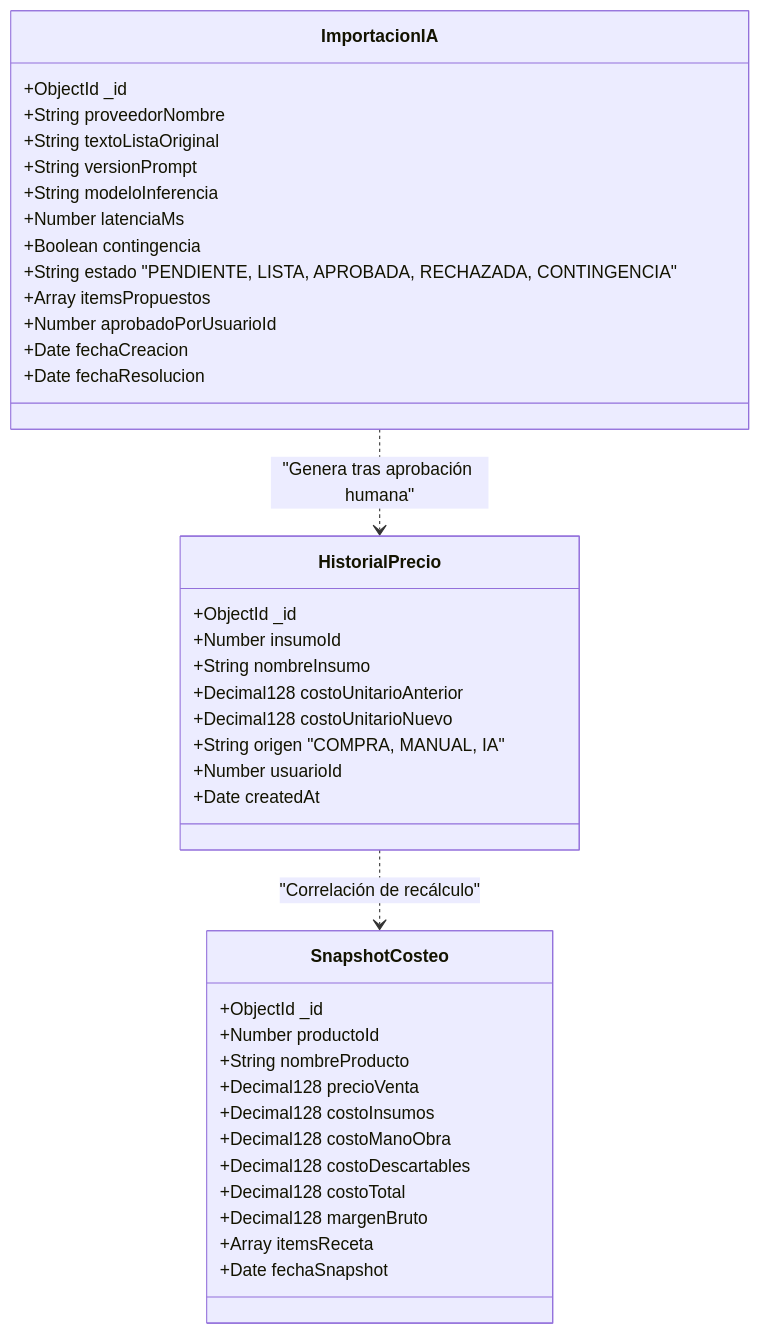
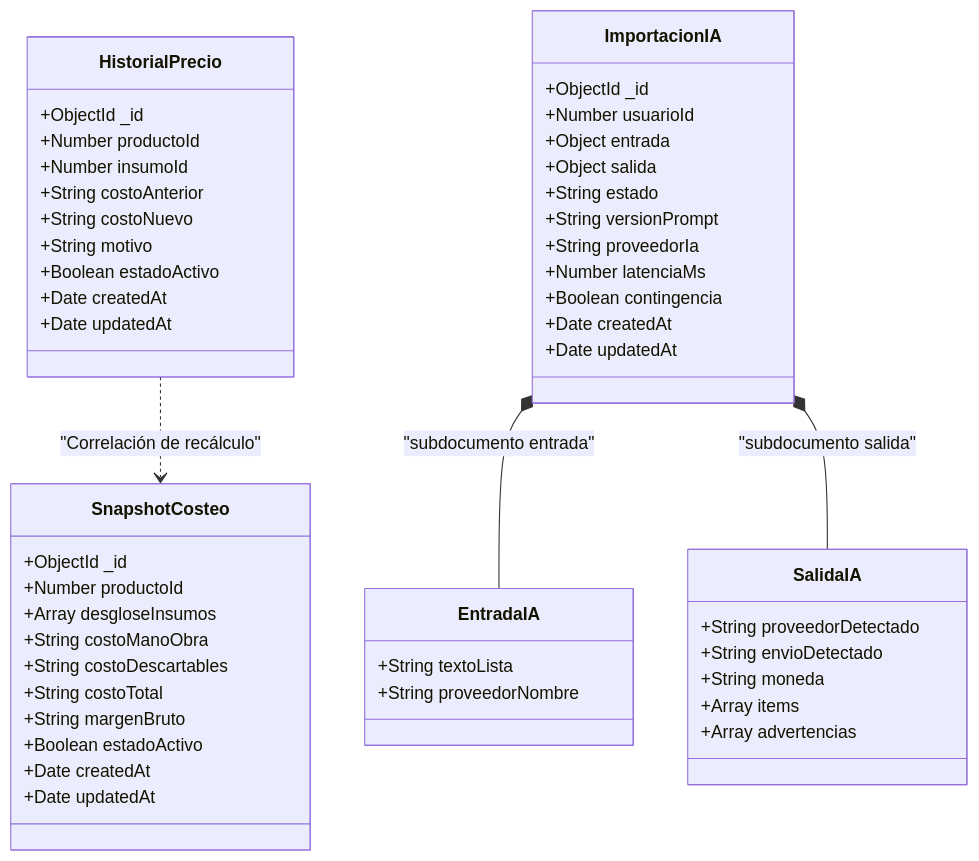
Before and after one commit to Zalko03/tpi-tfi-utn: the seventh of 8 diagrams in docs/INFORME_FINAL_TFI.md, drawn with Mermaid. The commit also changed other lines of this file and 2 other files, not shown here.

````diff
--- a/docs/INFORME_FINAL_TFI.md
+++ b/docs/INFORME_FINAL_TFI.md
@@ -710,45 +732,58 @@
 ```mermaid
 classDiagram
     class HistorialPrecio {
         +ObjectId _id
+        +Number productoId
         +Number insumoId
-        +String nombreInsumo
-        +Decimal128 costoUnitarioAnterior
-        +Decimal128 costoUnitarioNuevo
-        +String origen "COMPRA, MANUAL, IA"
-        +Number usuarioId
+        +String costoAnterior
+        +String costoNuevo
+        +String motivo
+        +Boolean estadoActivo
         +Date createdAt
+        +Date updatedAt
     }
 
     class SnapshotCosteo {
         +ObjectId _id
         +Number productoId
-        +String nombreProducto
-        +Decimal128 precioVenta
-        +Decimal128 costoInsumos
-        +Decimal128 costoManoObra
-        +Decimal128 costoDescartables
-        +Decimal128 costoTotal
-        +Decimal128 margenBruto
-        +Array itemsReceta
-        +Date fechaSnapshot
+        +Array desgloseInsumos
+        +String costoManoObra
+        +String costoDescartables
+        +String costoTotal
+        +String margenBruto
+        +Boolean estadoActivo
+        +Date createdAt
+        +Date updatedAt
     }
 
     class ImportacionIA {
         +ObjectId _id
-        +String proveedorNombre
-        +String textoListaOriginal
+        +Number usuarioId
+        +Object entrada
+        +Object salida
+        +String estado
         +String versionPrompt
-        +String modeloInferencia
+        +String proveedorIa
         +Number latenciaMs
         +Boolean contingencia
-        +String estado "PENDIENTE, LISTA, APROBADA, RECHAZADA, CONTINGENCIA"
-        +Array itemsPropuestos
-        +Number aprobadoPorUsuarioId
-        +Date fechaCreacion
-        +Date fechaResolucion
+        +Date createdAt
+        +Date updatedAt
     }
 
+    class EntradaIA {
+        +String textoLista
+        +String proveedorNombre
+    }
+
+    class SalidaIA {
+        +String proveedorDetectado
+        +String envioDetectado
+        +String moneda
+        +Array items
+        +Array advertencias
+    }
+
+    ImportacionIA *-- EntradaIA : "subdocumento entrada"
+    ImportacionIA *-- SalidaIA : "subdocumento salida"
     HistorialPrecio ..> SnapshotCosteo : "Correlación de recálculo"
-    ImportacionIA ..> HistorialPrecio : "Genera tras aprobación humana"
 ```
````
